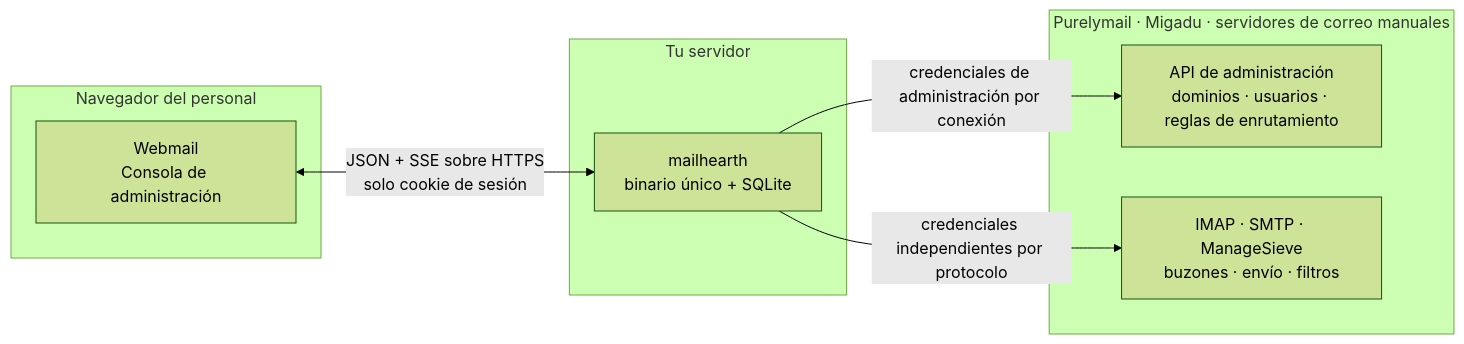
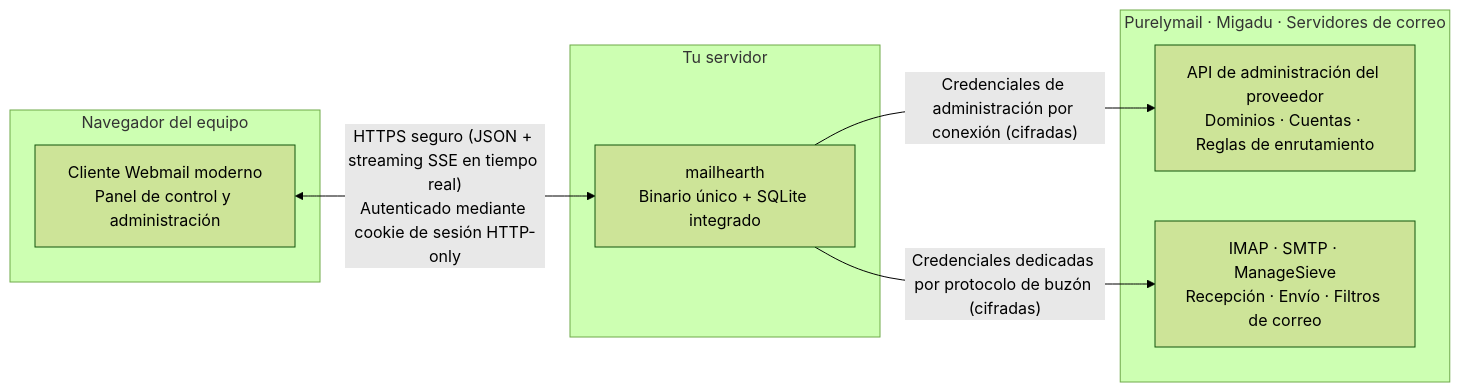
One commit to yll682/Mailhearth changed the diagram in README.es.md. Above: the diagram before and after it, drawn with Mermaid (forest theme). The commit also changed other lines of this file and 41 other files, not shown here.

````diff
--- a/README.es.md
+++ b/README.es.md
@@ -9,17 +9,17 @@
 ```mermaid
 flowchart LR
-    subgraph browser["Navegador del personal"]
-        SPA["Webmail<br/>Consola de administración"]
+    subgraph browser["Navegador del equipo"]
+        SPA["Cliente Webmail moderno<br/>Panel de control y administración"]
     end
     subgraph host["Tu servidor"]
-        APP["mailhearth<br/>binario único + SQLite"]
+        APP["mailhearth<br/>Binario único + SQLite integrado"]
     end
-    subgraph pm["Purelymail · Migadu · servidores de correo manuales"]
-        API["API de administración<br/>dominios · usuarios · reglas de enrutamiento"]
-        MAIL["IMAP · SMTP · ManageSieve<br/>buzones · envío · filtros"]
+    subgraph pm["Purelymail · Migadu · Servidores de correo"]
+        API["API de administración del proveedor<br/>Dominios · Cuentas · Reglas de enrutamiento"]
+        MAIL["IMAP · SMTP · ManageSieve<br/>Recepción · Envío · Filtros de correo"]
     end
 
-    SPA <-->|"JSON + SSE sobre HTTPS<br/>solo cookie de sesión"| APP
-    APP -->|"credenciales de administración por conexión"| API
-    APP -->|"credenciales independientes por protocolo"| MAIL
+    SPA <-->|"HTTPS seguro (JSON + streaming SSE en tiempo real)<br/>Autenticado mediante cookie de sesión HTTP-only"| APP
+    APP -->|"Credenciales de administración por conexión (cifradas)"| API
+    APP -->|"Credenciales dedicadas por protocolo de buzón (cifradas)"| MAIL
 ```
````
